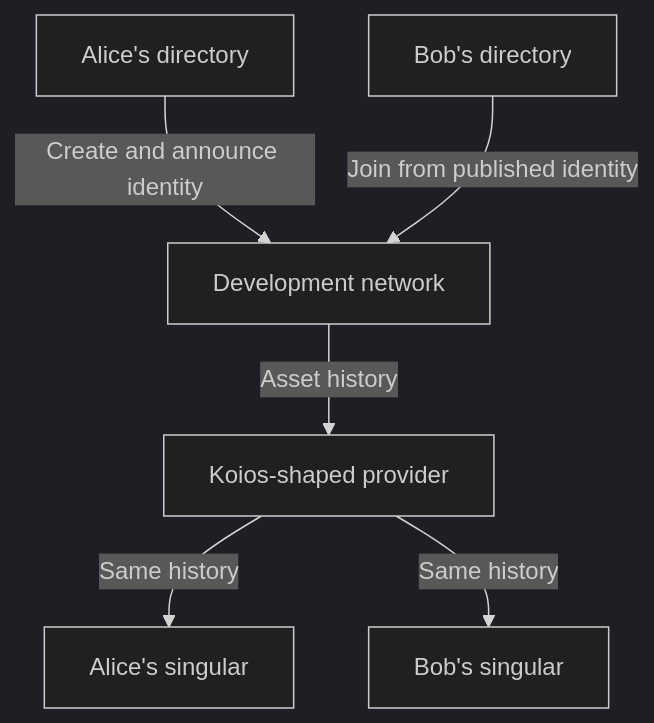
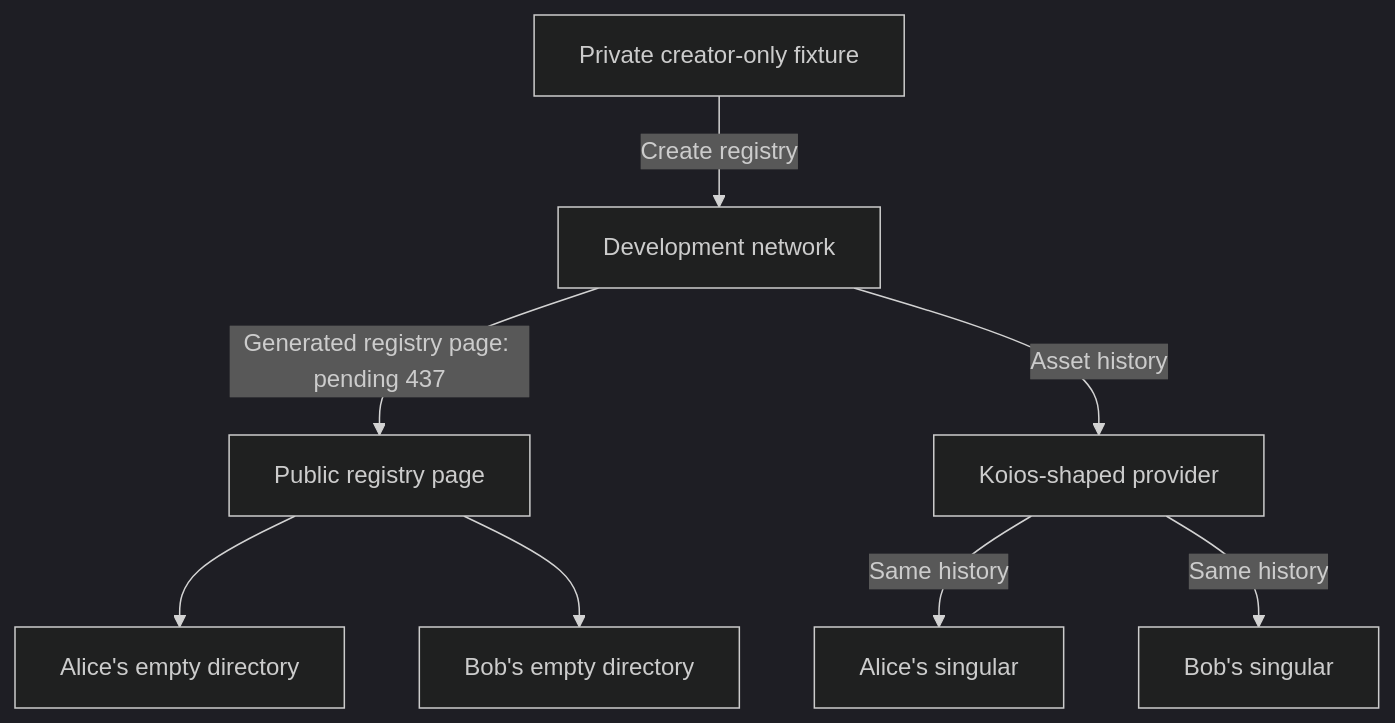
One commit to lambdasistemi/singular changed the second of 2 diagrams in specs/381-registry-replay/plan.md. Above: the diagram before and after it, drawn with Mermaid (dark theme). The commit also changed other lines of this file and 35 other files, not shown here.

First line of the commit message:
docs(registry): replace saved-mirror onboarding with public replay

````diff
--- a/specs/381-registry-replay/plan.md
+++ b/specs/381-registry-replay/plan.md
@@ -110,8 +110,10 @@
 ```mermaid
 flowchart TD
-  AliceDir[Alice's directory] -->|Create and announce identity| Chain[Development network]
-  BobDir[Bob's directory] -->|Join from published identity| Chain
+  Creator[Private creator-only fixture] -->|Create registry| Chain[Development network]
+  Chain -->|Generated registry page: pending 437| Page[Public registry page]
+  Page --> AliceDir[Alice's empty directory]
+  Page --> BobDir[Bob's empty directory]
   Chain -->|Asset history| Provider[Koios-shaped provider]
   Provider -->|Same history| AliceRun[Alice's singular]
   Provider -->|Same history| BobRun[Bob's singular]
 ```
````
